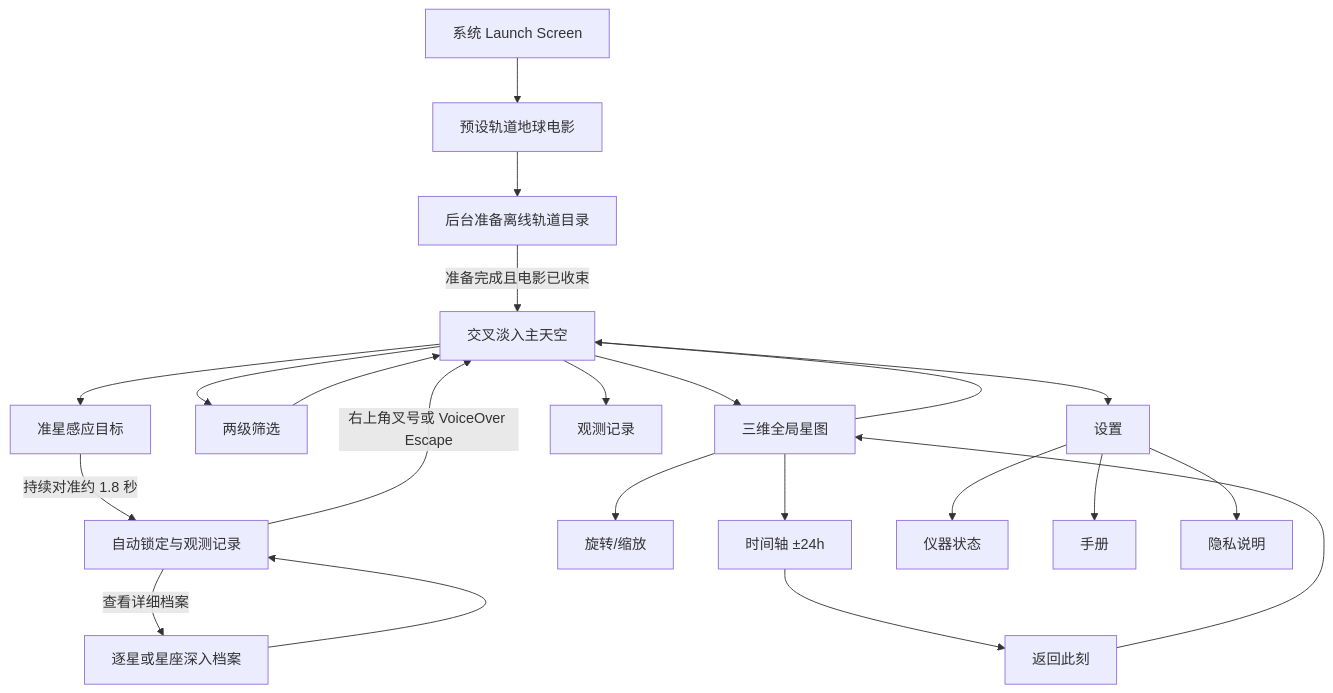
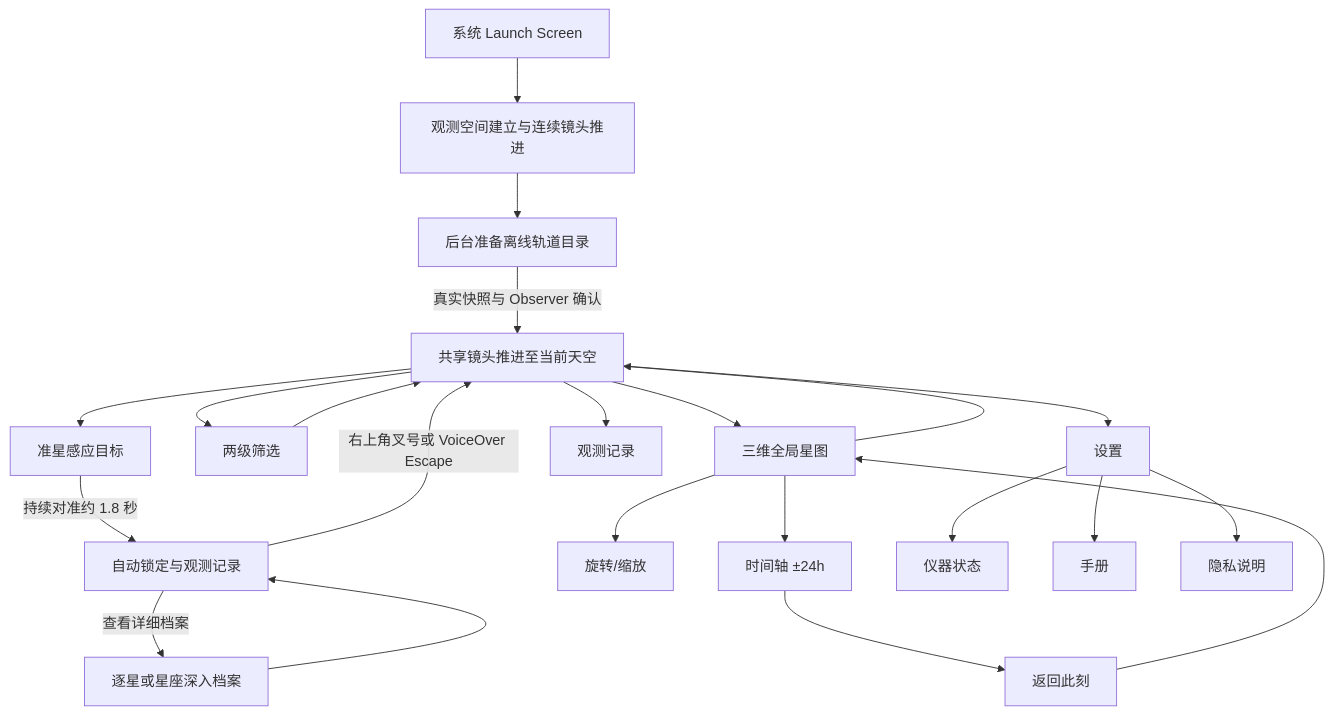
One commit to tollenceld/StarCatch changed the diagram in Documentation/PROJECT_OVERVIEW.md. Above: the diagram before and after it, drawn with Mermaid. The commit also changed other lines of this file and 2 other files, not shown here.

````diff
--- a/Documentation/PROJECT_OVERVIEW.md
+++ b/Documentation/PROJECT_OVERVIEW.md
@@ -462,24 +455,24 @@
 ```mermaid
 flowchart TD
-    A[系统 Launch Screen] --> A1[预设轨道地球电影]
+    A[系统 Launch Screen] --> A1[观测空间建立与连续镜头推进]
     A1 --> A2[后台准备离线轨道目录]
-    A2 -->|准备完成且电影已收束| E[交叉淡入主天空]
+    A2 -->|真实快照与 Observer 确认| E[共享镜头推进至当前天空]
     E --> F[准星感应目标]
     F -->|持续对准约 1.8 秒| G[自动锁定与观测记录]
     G -->|查看详细档案| H[逐星或星座深入档案]
     H --> G
     G -->|右上角叉号或 VoiceOver Escape| E
     E --> L[两级筛选]
     L --> E
     E --> M[三维全局星图]
     M --> N[旋转/缩放]
     M --> O[时间轴 ±24h]
     O --> P[返回此刻]
     P --> M
     M --> E
     E --> R[观测记录]
     E --> Q[设置]
     Q --> S[仪器状态]
     Q --> T[手册]
     Q --> U[隐私说明]
 ```
````
